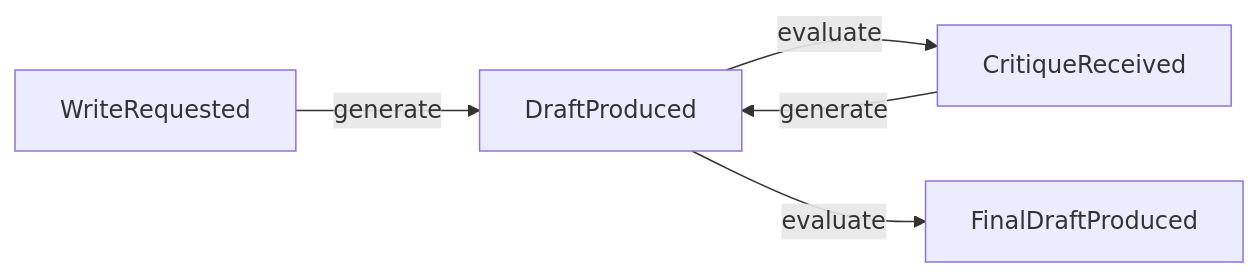
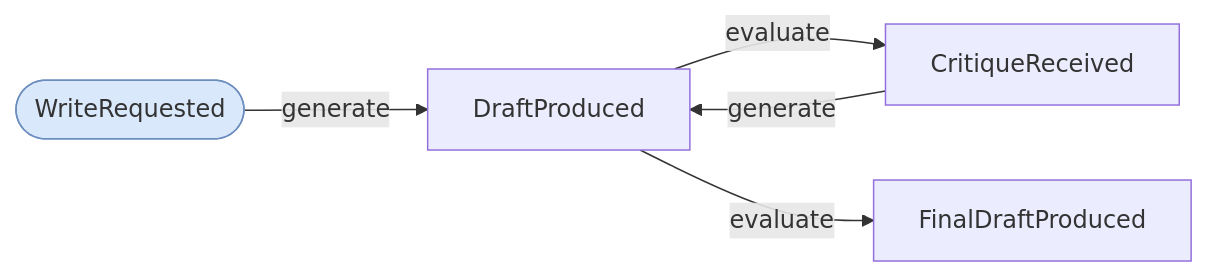
One commit to cadance-io/langgraph-events changed the diagram in examples/reflection_loop.graph.md. Above: the diagram before and after it, drawn with Mermaid. The commit also changed 10 other files, not shown here.

First line of the commit message:
Add seed event styling and typed Scatter[T] to mermaid diagrams

````diff
--- a/examples/reflection_loop.graph.md
+++ b/examples/reflection_loop.graph.md
@@ -4,8 +4,10 @@
 ```mermaid
 graph LR
+    classDef seed fill:#dae8fc,stroke:#6c8ebf
+    WriteRequested([WriteRequested]):::seed
     WriteRequested -->|generate| DraftProduced
     CritiqueReceived -->|generate| DraftProduced
     DraftProduced -->|evaluate| CritiqueReceived
     DraftProduced -->|evaluate| FinalDraftProduced
 %% Side-effect handlers: audit_trail (Auditable)
 ```
````
